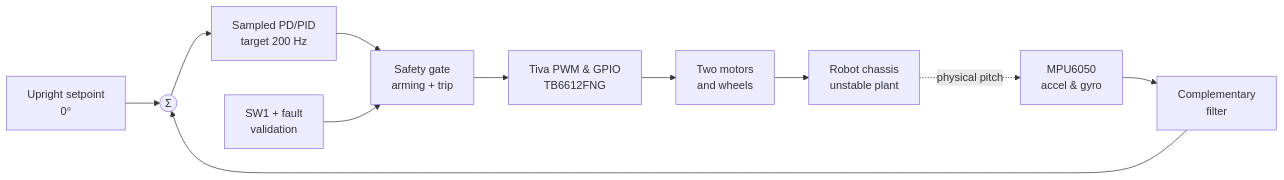
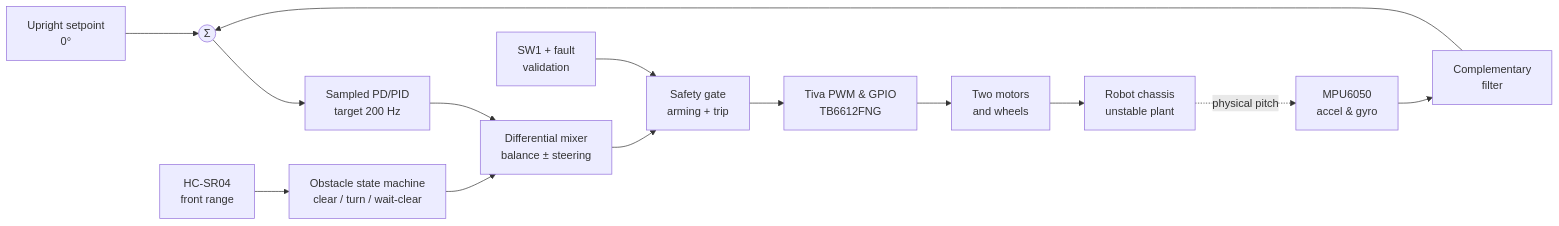
Before and after one commit to 3more102/Tiva-Self-Balancing-Robot: the first of 3 diagrams in README.md, drawn with Mermaid. The commit also changed other lines of this file and 6 other files, not shown here.

````diff
--- a/README.md
+++ b/README.md
@@ -21,13 +21,16 @@
 ```mermaid
 flowchart LR
     REF["Upright setpoint<br/>0°"] --> E(("Σ"))
     IMU["MPU6050<br/>accel & gyro"] --> F["Complementary<br/>filter"]
     F --> E
     E --> PID["Sampled PD/PID<br/>target 200 Hz"]
-    PID --> GATE["Safety gate<br/>arming + trip"]
+    RANGE["HC-SR04<br/>front range"] --> NAV["Obstacle state machine<br/>clear / turn / wait-clear"]
+    PID --> MIX["Differential mixer<br/>balance ± steering"]
+    NAV --> MIX
+    MIX --> GATE["Safety gate<br/>arming + trip"]
     SW["SW1 + fault<br/>validation"] --> GATE
     GATE --> DRIVE["Tiva PWM & GPIO<br/>TB6612FNG"]
     DRIVE --> WHEELS["Two motors<br/>and wheels"]
     WHEELS --> PLANT["Robot chassis<br/>unstable plant"]
     PLANT -. "physical pitch" .-> IMU
 ```
````
